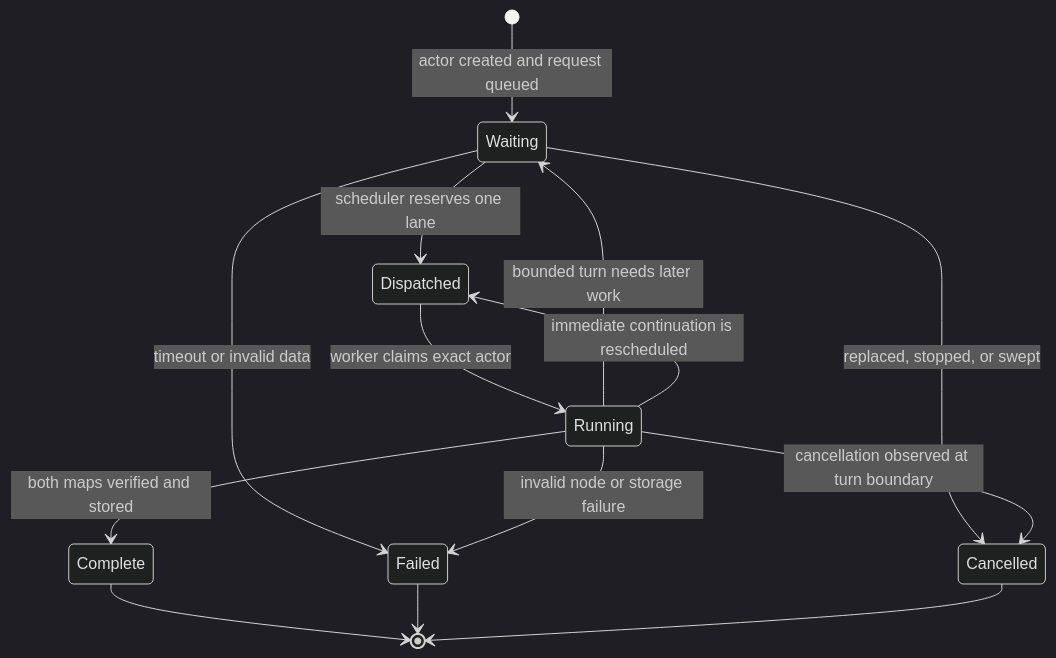
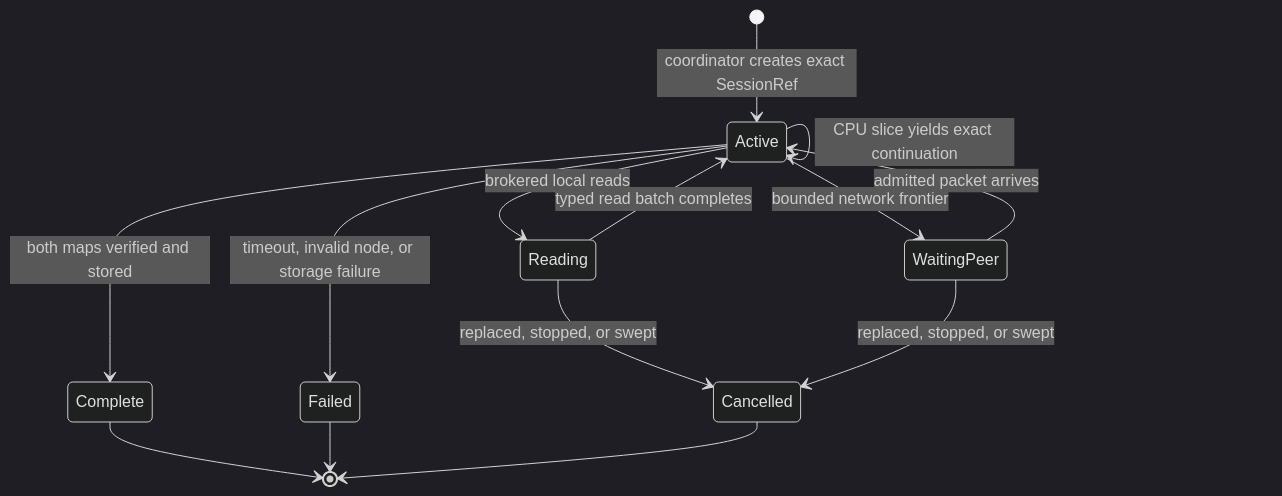
Before and after one commit to TusharPardhe/quaxar: the fourth of 10 diagrams in docs/ACQUISITION.md, drawn with Mermaid (dark theme). The commit also changed other lines of this file and 13 other files, not shown here.

Commit message:
fix(acquisition): preserve coordinator progress off NetworkOps

````diff
--- a/docs/ACQUISITION.md
+++ b/docs/ACQUISITION.md
@@ -199,16 +200,16 @@
 ```mermaid
 stateDiagram-v2
-    [*] --> Waiting: actor created and request queued
-    Waiting --> Dispatched: scheduler reserves one lane
-    Dispatched --> Running: worker claims exact actor
-    Running --> Waiting: bounded turn needs later work
-    Running --> Dispatched: immediate continuation is rescheduled
-    Running --> Complete: both maps verified and stored
-    Waiting --> Failed: timeout or invalid data
-    Running --> Failed: invalid node or storage failure
-    Waiting --> Cancelled: replaced, stopped, or swept
-    Running --> Cancelled: cancellation observed at turn boundary
+    [*] --> Active: coordinator creates exact SessionRef
+    Active --> Reading: brokered local reads
+    Reading --> Active: typed read batch completes
+    Active --> WaitingPeer: bounded network frontier
+    WaitingPeer --> Active: admitted packet arrives
+    Active --> Active: CPU slice yields exact continuation
+    Active --> Complete: both maps verified and stored
+    Active --> Failed: timeout, invalid node, or storage failure
+    Reading --> Cancelled: replaced, stopped, or swept
+    WaitingPeer --> Cancelled: replaced, stopped, or swept
     Complete --> [*]
     Failed --> [*]
     Cancelled --> [*]
 ```
````
